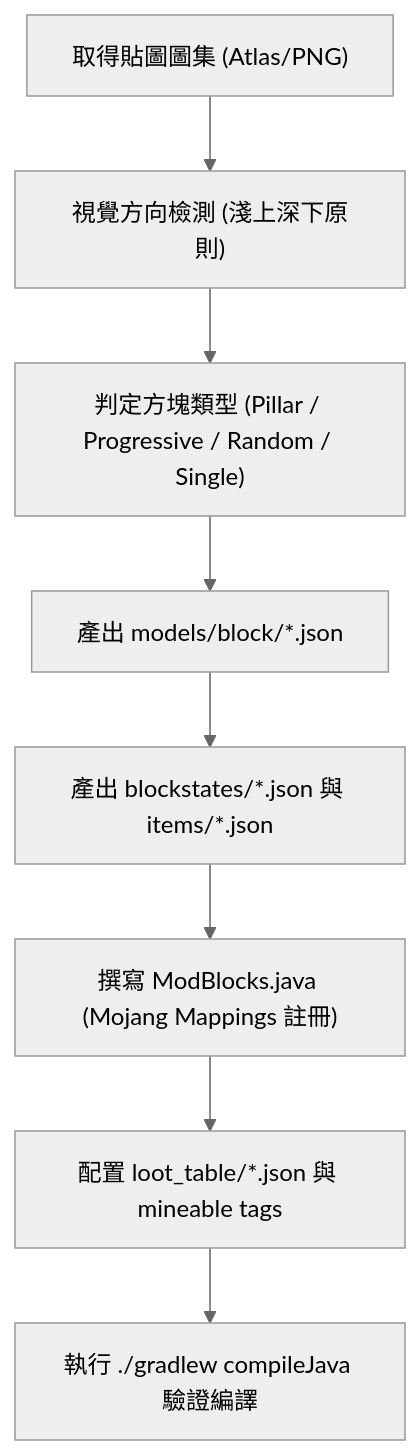
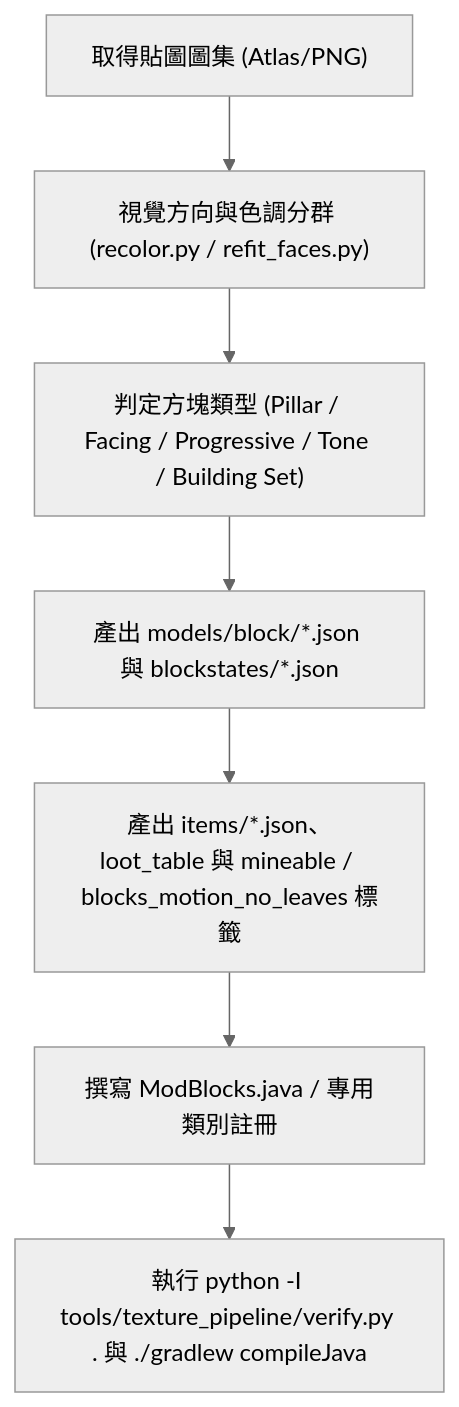
The diagram in MODDING_ROADMAP_AND_SPECS.md (PrYuan05/the-sift-pryuan-version), drawn with Mermaid (neutral theme) before and after one commit. The commit also changed other lines of this file and 177 other files, not shown here.

Commit message:
chore(tools,docs): update build config, texture/worldgen tools, roadmap, and status reporter agent

````diff
--- a/MODDING_ROADMAP_AND_SPECS.md
+++ b/MODDING_ROADMAP_AND_SPECS.md
@@ -111,10 +136,9 @@
 ```mermaid
 flowchart TD
-    A["取得貼圖圖集 (Atlas/PNG)"] --> B["視覺方向檢測 (淺上深下原則)"]
-    B --> C["判定方塊類型 (Pillar / Progressive / Random / Single)"]
-    C --> D["產出 models/block/*.json"]
-    D --> E["產出 blockstates/*.json 與 items/*.json"]
-    E --> F["撰寫 ModBlocks.java (Mojang Mappings 註冊)"]
-    F --> G["配置 loot_table/*.json 與 mineable tags"]
-    G --> H["執行 ./gradlew compileJava 驗證編譯"]
+    A["取得貼圖圖集 (Atlas/PNG)"] --> B["視覺方向與色調分群 (recolor.py / refit_faces.py)"]
+    B --> C["判定方塊類型 (Pillar / Facing / Progressive / Tone / Building Set)"]
+    C --> D["產出 models/block/*.json 與 blockstates/*.json"]
+    D --> E["產出 items/*.json、loot_table 與 mineable / blocks_motion_no_leaves 標籤"]
+    E --> F["撰寫 ModBlocks.java / 專用類別註冊"]
+    F --> G["執行 python -I tools/texture_pipeline/verify.py . 與 ./gradlew compileJava"]
 ```
````
